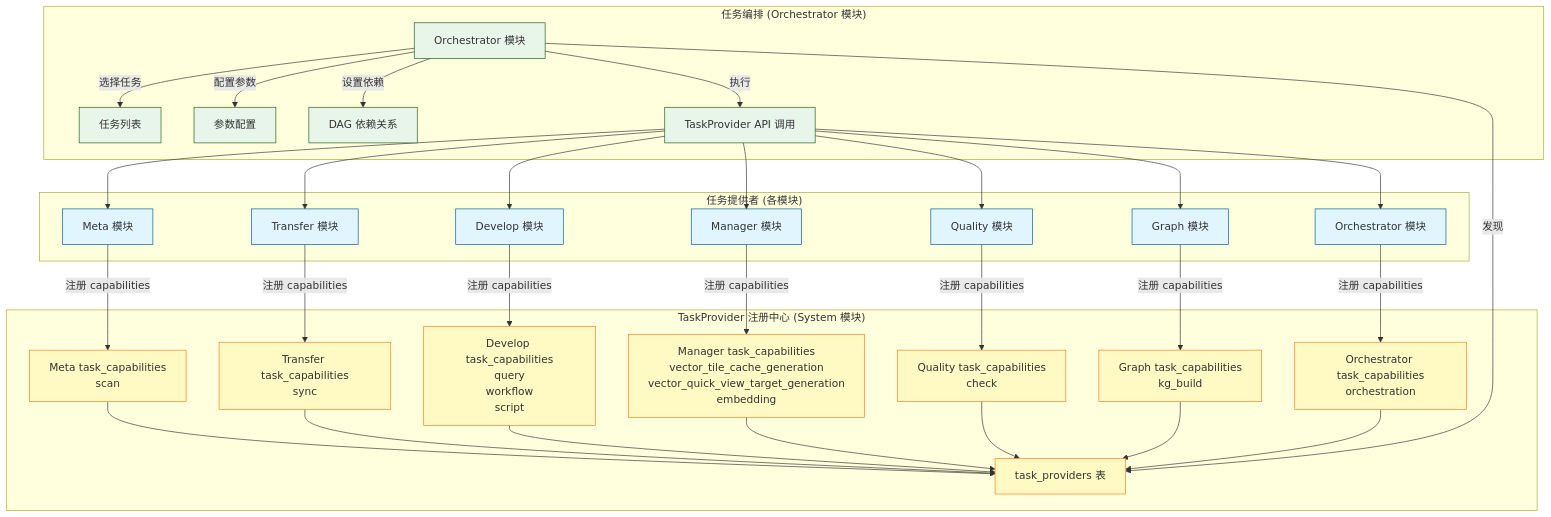
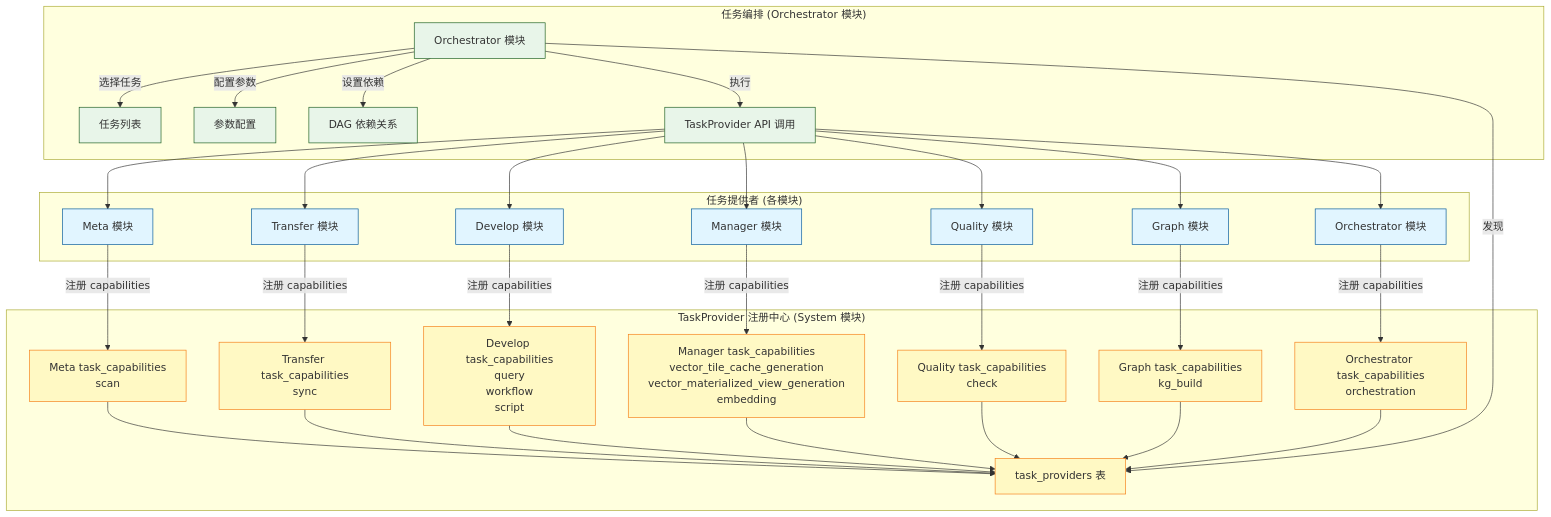
The first of 6 diagrams in docs/concepts/addp任务编排体系图.md (pampa0629/addp), drawn with Mermaid before and after one commit. The commit also changed other lines of this file and 188 other files, not shown here.

````diff
--- a/docs/concepts/addp任务编排体系图.md
+++ b/docs/concepts/addp任务编排体系图.md
@@ -35,58 +35,58 @@
 ```mermaid
 graph TB
     subgraph "任务提供者 (各模块)"
         Meta[Meta 模块]
         Transfer[Transfer 模块]
         Develop[Develop 模块]
         Manager[Manager 模块]
         Quality[Quality 模块]
         Graph[Graph 模块]
         OrchestratorProvider[Orchestrator 模块]
     end
 
     subgraph "TaskProvider 注册中心 (System 模块)"
         Registry[task_providers 表]
 
         Meta --> |注册 capabilities| MetaCap[Meta task_capabilities<br/>scan]
         Transfer --> |注册 capabilities| TransferCap[Transfer task_capabilities<br/>sync]
         Develop --> |注册 capabilities| DevelopCap[Develop task_capabilities<br/>query<br/>workflow<br/>script]
-        Manager --> |注册 capabilities| ManagerCap[Manager task_capabilities<br/>vector_tile_cache_generation<br/>vector_quick_view_target_generation<br/>embedding]
+        Manager --> |注册 capabilities| ManagerCap[Manager task_capabilities<br/>vector_tile_cache_generation<br/>vector_materialized_view_generation<br/>embedding]
         Quality --> |注册 capabilities| QualityCap[Quality task_capabilities<br/>check]
         Graph --> |注册 capabilities| GraphCap[Graph task_capabilities<br/>kg_build]
         OrchestratorProvider --> |注册 capabilities| OrchestratorCap[Orchestrator task_capabilities<br/>orchestration]
 
         MetaCap --> Registry
         TransferCap --> Registry
         DevelopCap --> Registry
         ManagerCap --> Registry
         QualityCap --> Registry
         GraphCap --> Registry
         OrchestratorCap --> Registry
     end
 
     subgraph "任务编排 (Orchestrator 模块)"
         Orchestrator[Orchestrator 模块]
 
         Orchestrator --> |发现| Registry
         Orchestrator --> |选择任务| Tasks[任务列表]
         Orchestrator --> |配置参数| Params[参数配置]
         Orchestrator --> |设置依赖| DAG[DAG 依赖关系]
         Orchestrator --> |执行| Call[TaskProvider API 调用]
     end
 
     Call --> Meta
     Call --> Transfer
     Call --> Develop
     Call --> Manager
     Call --> Quality
     Call --> Graph
     Call --> OrchestratorProvider
 
     classDef provider fill:#e1f5ff,stroke:#01579b
     classDef registry fill:#fff9c4,stroke:#f57f17
     classDef orchestrator fill:#e8f5e9,stroke:#1b5e20
 
     class Meta,Transfer,Develop,Manager,Quality,Graph,OrchestratorProvider provider
     class Registry,MetaCap,TransferCap,DevelopCap,ManagerCap,QualityCap,GraphCap,OrchestratorCap registry
     class Orchestrator,Tasks,Params,DAG,Call orchestrator
 ```
````
